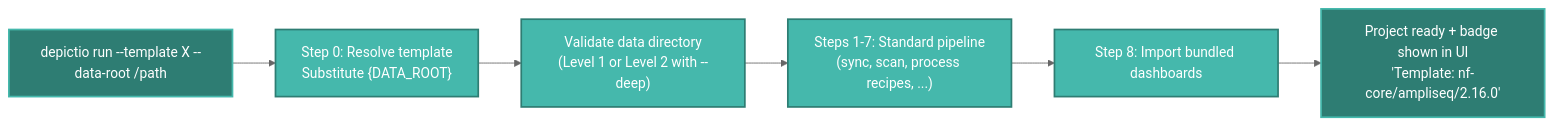
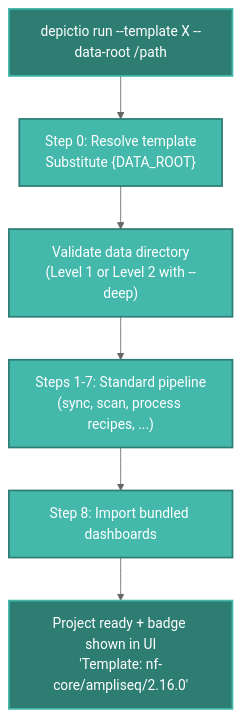
The second of 2 diagrams in docs/usage/projects/guide.md (depictio/depictio-docs), drawn with Mermaid (neutral theme) before and after one commit.

Commit message:
docs(projects): flip Template workflow diagram to vertical (LR → TD)

````diff
--- a/docs/usage/projects/guide.md
+++ b/docs/usage/projects/guide.md
@@ -454,12 +454,12 @@
 ```mermaid
-graph LR
+graph TD
     A["depictio run --template X --data-root /path"] --> B["Step 0: Resolve template\nSubstitute {DATA_ROOT}"]
     B --> C["Validate data directory\n(Level 1 or Level 2 with --deep)"]
     C --> D["Steps 1-7: Standard pipeline\n(sync, scan, process recipes, ...)"]
     D --> E["Step 8: Import bundled dashboards"]
     E --> F["Project ready + badge shown in UI\n'Template: nf-core/ampliseq/2.16.0'"]
 
     classDef default fill:#45B8AC,stroke:#2E7D73,stroke-width:2px,color:#fff
     classDef highlight fill:#2E7D73,stroke:#45B8AC,stroke-width:2px,color:#fff
     class A,F highlight
 ```
````
